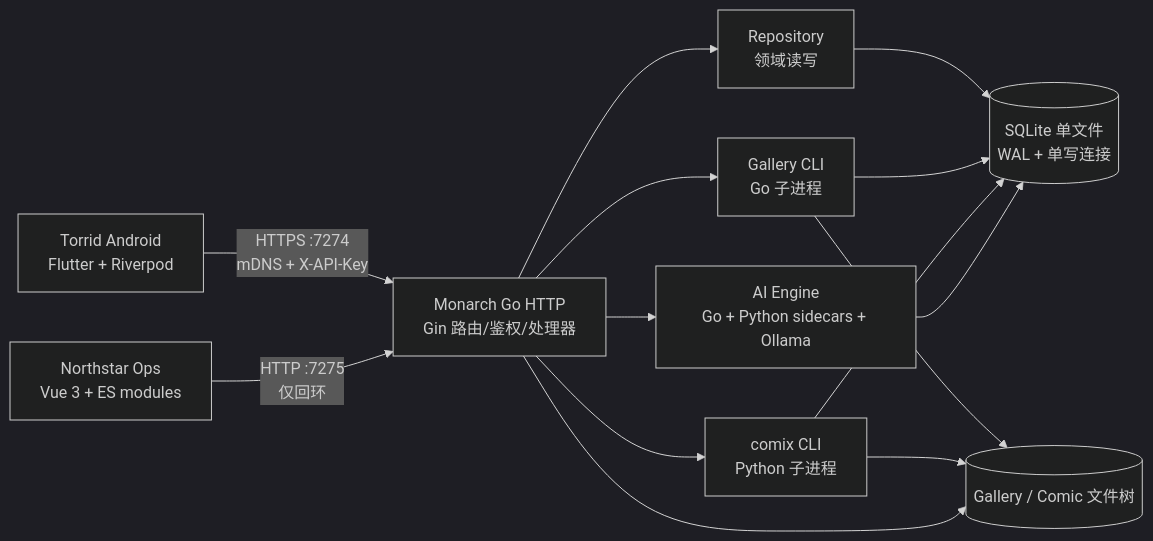
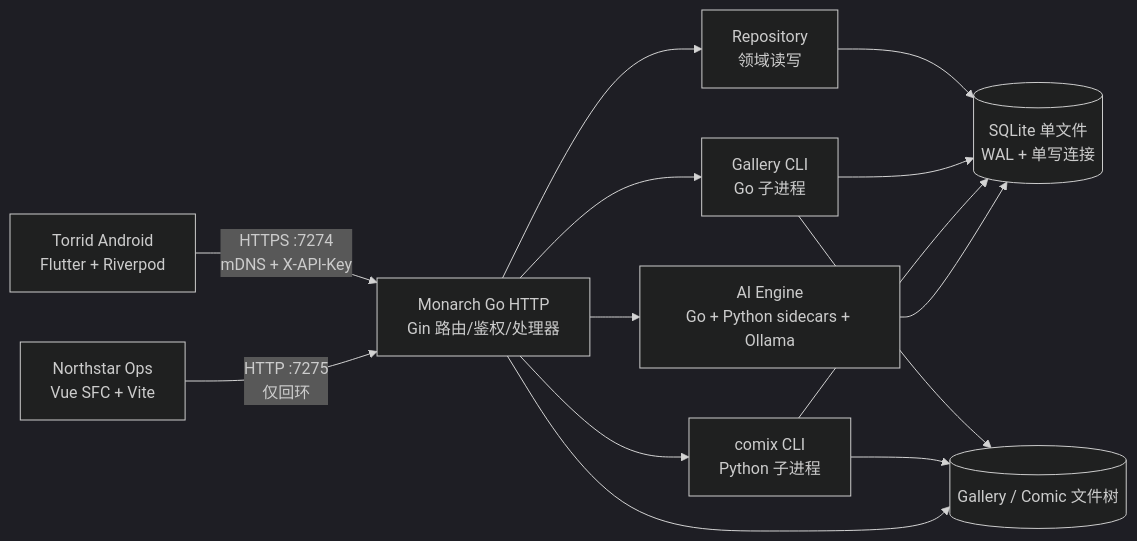
One commit to zx1360/Ronin changed the first of 2 diagrams in docs/architecture/README.md. Above: the diagram before and after it, drawn with Mermaid (dark theme). The commit also changed other lines of this file and 32 other files, not shown here.

````diff
--- a/docs/architecture/README.md
+++ b/docs/architecture/README.md
@@ -14,16 +14,16 @@
 ```mermaid
 flowchart LR
     A[Torrid Android\nFlutter + Riverpod] -->|HTTPS :7274\nmDNS + X-API-Key| M
-    O[Northstar Ops\nVue 3 + ES modules] -->|HTTP :7275\n仅回环| M
+    O[Northstar Ops\nVue SFC + Vite] -->|HTTP :7275\n仅回环| M
     M[Monarch Go HTTP\nGin 路由/鉴权/处理器] --> R[Repository\n领域读写]
     R --> DB[(SQLite 单文件\nWAL + 单写连接)]
     M --> G[Gallery CLI\nGo 子进程]
     M --> C[comix CLI\nPython 子进程]
     M --> AI[AI Engine\nGo + Python sidecars + Ollama]
     G --> DB
     C --> DB
     AI --> DB
     G --> FS[(Gallery / Comic 文件树)]
     C --> FS
     M --> FS
 ```
````
